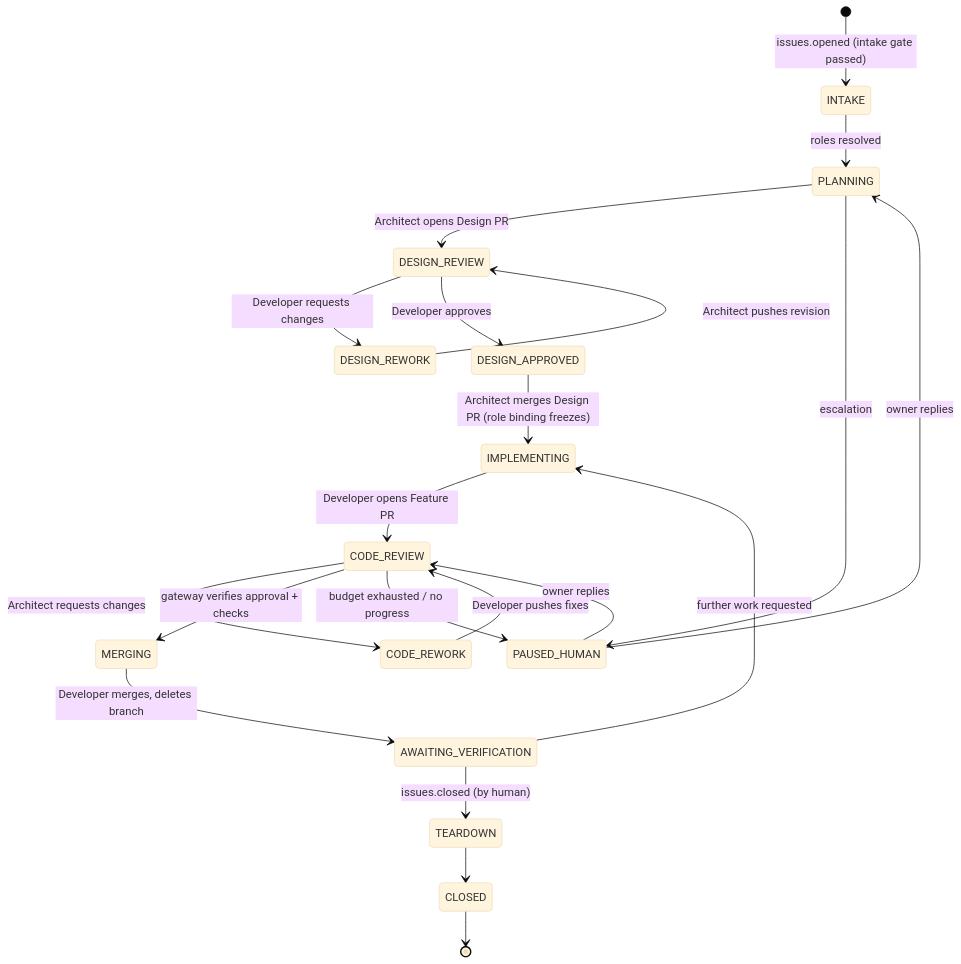
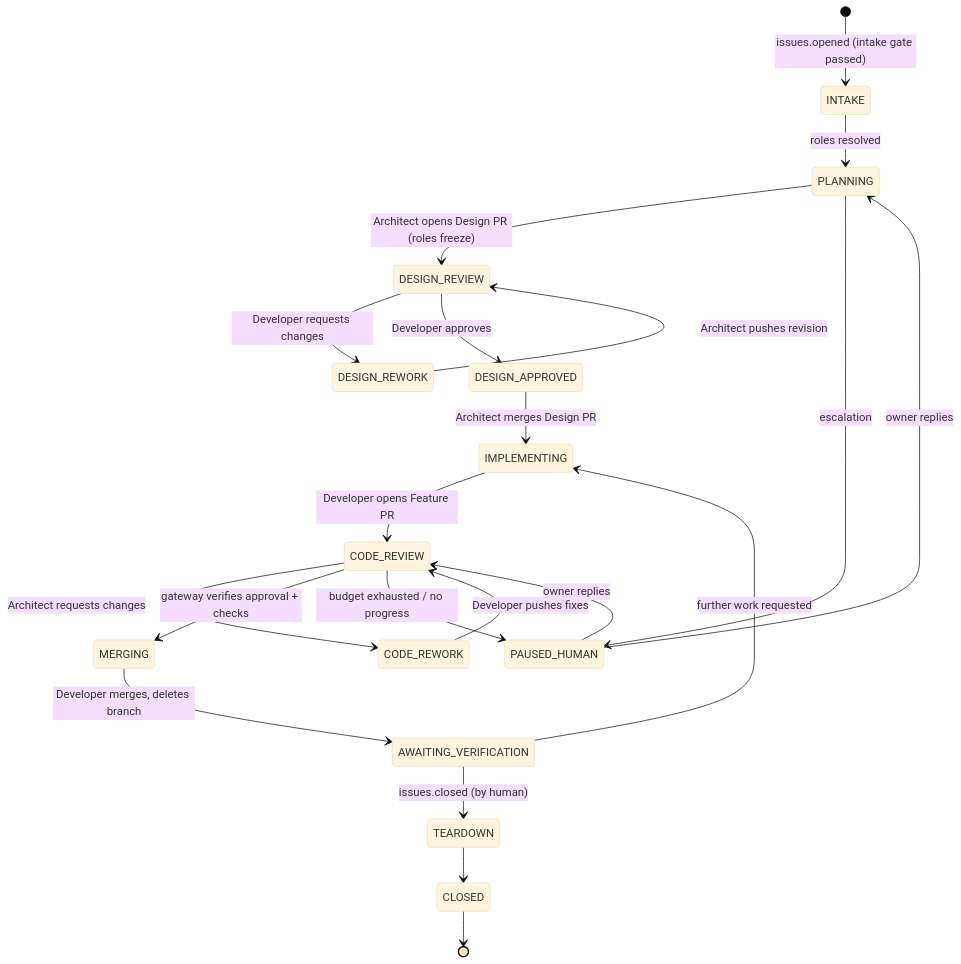
The second of 3 diagrams in docs/design/unified_design_spec.md (huozhe/code-workflow), drawn with Mermaid (base theme) before and after one commit. The commit also changed other lines of this file, not shown here.

First line of the commit message:
Address PR #5 review findings from Grok and Gemini

````diff
--- a/docs/design/unified_design_spec.md
+++ b/docs/design/unified_design_spec.md
@@ -426,24 +430,24 @@
 ```mermaid
 stateDiagram-v2
     [*] --> INTAKE: issues.opened (intake gate passed)
     INTAKE --> PLANNING: roles resolved
-    PLANNING --> DESIGN_REVIEW: Architect opens Design PR
+    PLANNING --> DESIGN_REVIEW: Architect opens Design PR (roles freeze)
     DESIGN_REVIEW --> DESIGN_REWORK: Developer requests changes
     DESIGN_REWORK --> DESIGN_REVIEW: Architect pushes revision
     DESIGN_REVIEW --> DESIGN_APPROVED: Developer approves
-    DESIGN_APPROVED --> IMPLEMENTING: Architect merges Design PR (role binding freezes)
+    DESIGN_APPROVED --> IMPLEMENTING: Architect merges Design PR
     IMPLEMENTING --> CODE_REVIEW: Developer opens Feature PR
     CODE_REVIEW --> CODE_REWORK: Architect requests changes
     CODE_REWORK --> CODE_REVIEW: Developer pushes fixes
     CODE_REVIEW --> MERGING: gateway verifies approval + checks
     MERGING --> AWAITING_VERIFICATION: Developer merges, deletes branch
     AWAITING_VERIFICATION --> IMPLEMENTING: further work requested
     AWAITING_VERIFICATION --> TEARDOWN: issues.closed (by human)
     TEARDOWN --> CLOSED
 
     PLANNING --> PAUSED_HUMAN: escalation
     CODE_REVIEW --> PAUSED_HUMAN: budget exhausted / no progress
     PAUSED_HUMAN --> PLANNING: owner replies
     PAUSED_HUMAN --> CODE_REVIEW: owner replies
     CLOSED --> [*]
 ```
````
